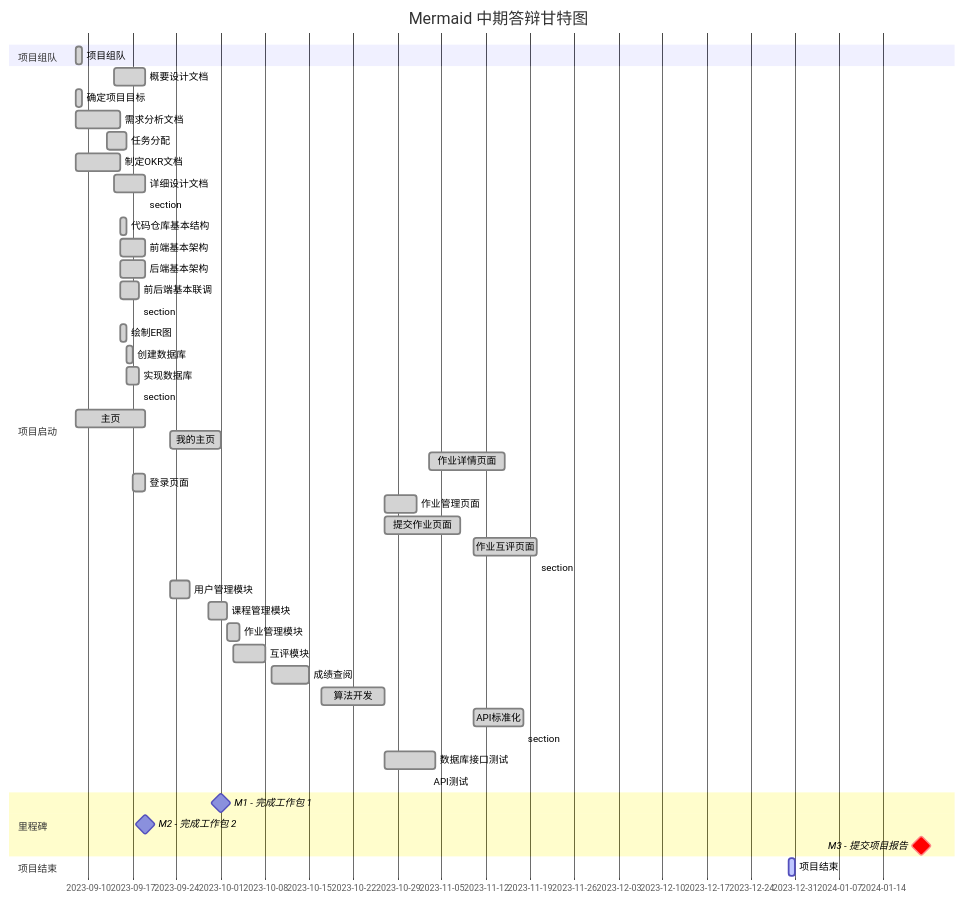
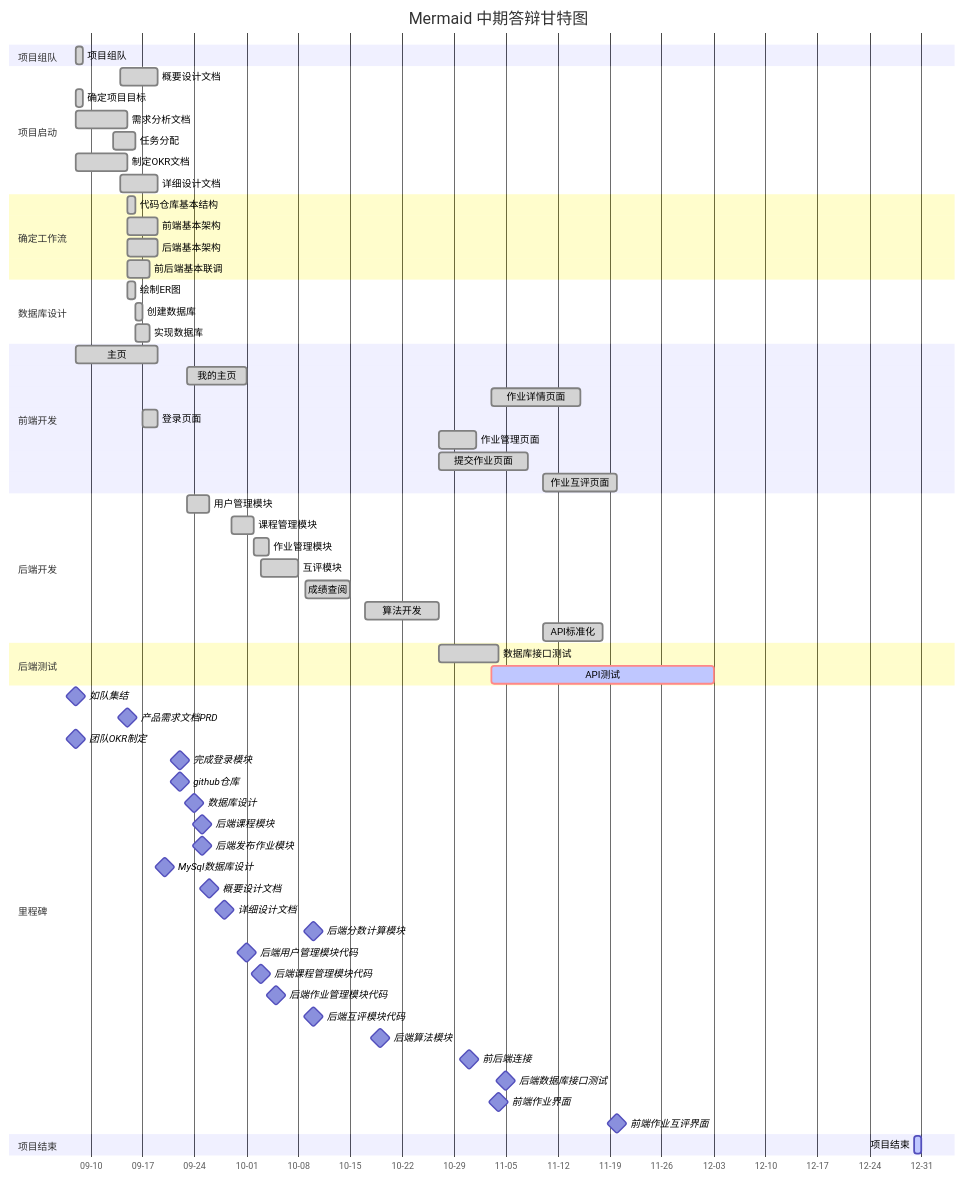
One commit to XuYiHan30319/Obsidian changed the diagram in 大三上学期/实训/中期答辩.md. Above: the diagram before and after it, drawn with Mermaid.

Commit message:
vault backup: 2023-11-20 09:05:00

````diff
--- a/大三上学期/实训/中期答辩.md
+++ b/大三上学期/实训/中期答辩.md
@@ -3,9 +3,9 @@
 
 	title Mermaid 中期答辩甘特图
 	%% 起止日期语法格式
-   	dateFormat  YYYY-MM-DD
+   	dateFormat  MM-DD
    	%% 最下方时间轴日期格式
-	axisFormat %Y-%m-%d
+	axisFormat %m-%d
 	%% 表示今天标记的显示样式
 	todayMarker stroke-width:3px,stroke:#FBBC05,opacity:0.6
 
@@ -21,18 +21,18 @@
 	制定OKR文档: done, 2023/09/08, 7d
 	详细设计文档: done, 2023/09/14, 5d
 
-	section: 确定工作流
+	section 确定工作流
 	代码仓库基本结构: done, 2023/09/15, 1d
 	前端基本架构: done, 2023/09/15, 4d
 	后端基本架构: done, 2023/09/15,4d
 	前后端基本联调: done, 2023/09/15, 3d
 
-	section: 数据库设计
+	section 数据库设计
 	绘制ER图: done, 2023/09/15,1d
 	创建数据库: done, 2023/09/16,1d
 	实现数据库: done,2023/09/16,2d
 
-	section: 前端开发
+	section 前端开发
 	主页: done,2023/09/08,11d
 	我的主页:done,2023/09/23,8d
 	作业详情页面:done,2023/11/03,12d
@@ -41,7 +41,7 @@
 	提交作业页面: done,2023/10/27,12d
 	作业互评页面: done, 2023/11/10,10d
 
-	section: 后端开发
+	section 后端开发
 	用户管理模块: done,2023/09/23,3d
 	课程管理模块: done,2023/09/29,3d
 	作业管理模块: done,2023/10/2,2d
@@ -50,15 +50,34 @@
 	算法开发: done,2023/10/17,10d
 	API标准化: done,2023/11/10,8d
 
-	section: 后端测试
+	section 后端测试
 	数据库接口测试: done,2023/10/27,8d
-	API测试: crit,active, 2023/11/03,
+	API测试: crit,active, 2023/11/03,30d
 
     section 里程碑
-	M1 - 完成工作包 1: milestone, after a2, 0d
-	M2 - 完成工作包 2: milestone, after a4, 0d
-	M3 - 提交项目报告: crit, milestone, 2024-01-20, 0d
-	
+    如队集结: milestone,2023/09/08,0d
+	产品需求文档PRD: milestone,2023/09/15,0d
+	团队OKR制定: milestone,2023/09/08,0d
+	完成登录模块: milestone,2023/09/22,0d
+	github仓库: milestone,2023/09/22,0d
+	数据库设计: milestone,2023/09/24,0d
+	后端课程模块: milestone,2023/09/25,0d
+	后端发布作业模块: milestone,2023/09/25,0d
+	MySql数据库设计: milestone,2023/09/20,0d
+	概要设计文档: milestone,2023/09/26,0d
+	详细设计文档: milestone,2023/09/28,0d
+	后端分数计算模块: milestone,2023/10/10,0d
+	后端用户管理模块代码:milestone,2023/10/01,0d
+	后端课程管理模块代码:milestone,2023/10/03,0d
+	后端作业管理模块代码:milestone,2023/10/05,0d
+	后端互评模块代码: milestone,2023/10/10,0d
+	后端算法模块: milestone,2023/10/19,0d
+	前后端连接: milestone,2023/10/31,0d
+	后端数据库接口测试: milestone,2023/11/5,0d
+	前端作业界面: milestone,2023/11/04,0d
+	前端作业互评界面: milestone,2023/11/20,0d			
+
+
 	section 项目结束
 	项目结束: active, 2023-12-30, 1d
 ```
````
